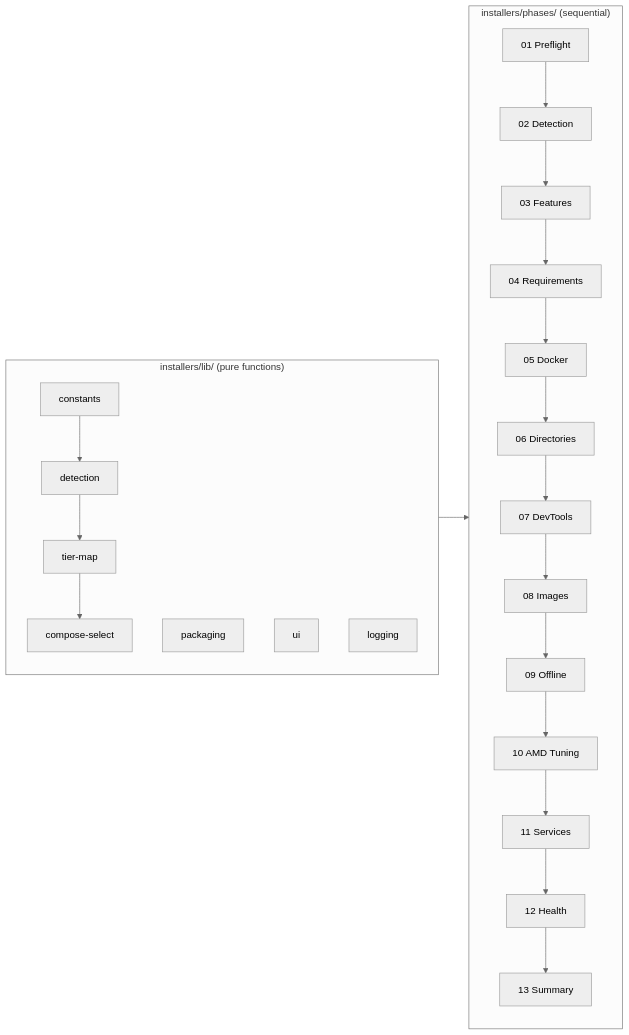
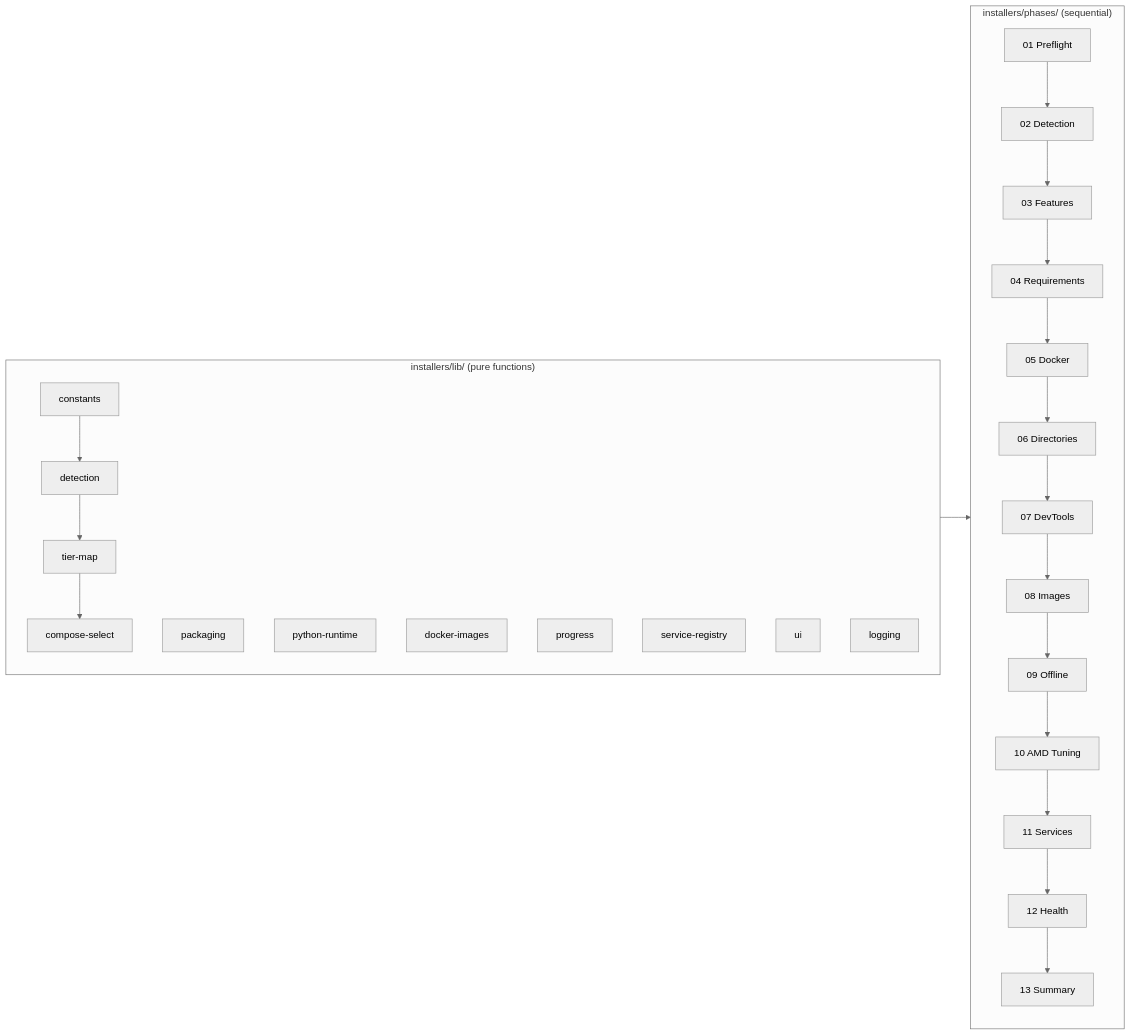
Before and after one commit to Light-Heart-Labs/DreamServer: the second of 3 diagrams in ARCHITECTURE.md, drawn with Mermaid (neutral theme). The commit also changed other lines of this file and 22 other files, not shown here.

````diff
--- a/ARCHITECTURE.md
+++ b/ARCHITECTURE.md
@@ -154,28 +175,32 @@
 ```mermaid
 graph LR
     subgraph Libraries["installers/lib/ (pure functions)"]
         C[constants] --> D[detection]
         D --> T[tier-map]
         T --> CS[compose-select]
         P[packaging]
+        PY[python-runtime]
+        DI[docker-images]
+        PR[progress]
+        SR[service-registry]
         U[ui]
         L[logging]
     end
 
     subgraph Phases["installers/phases/ (sequential)"]
         P01["01 Preflight"] --> P02["02 Detection"]
         P02 --> P03["03 Features"]
         P03 --> P04["04 Requirements"]
         P04 --> P05["05 Docker"]
         P05 --> P06["06 Directories"]
         P06 --> P07["07 DevTools"]
         P07 --> P08["08 Images"]
         P08 --> P09["09 Offline"]
         P09 --> P10["10 AMD Tuning"]
         P10 --> P11["11 Services"]
         P11 --> P12["12 Health"]
         P12 --> P13["13 Summary"]
     end
 
     Libraries --> Phases
 ```
````
